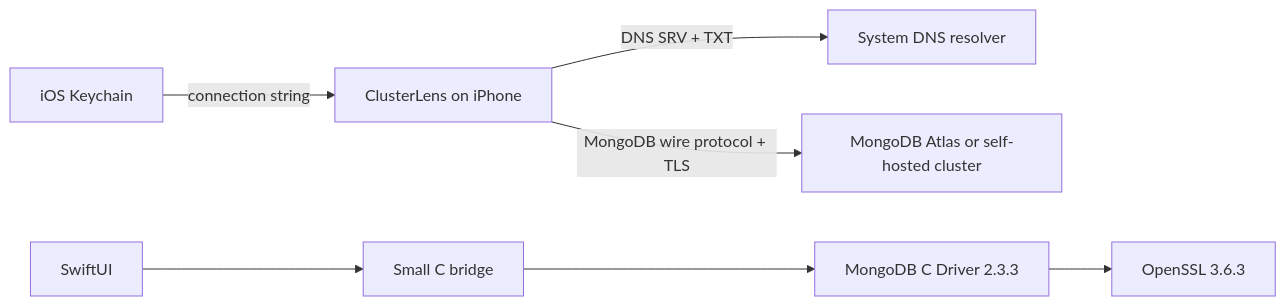
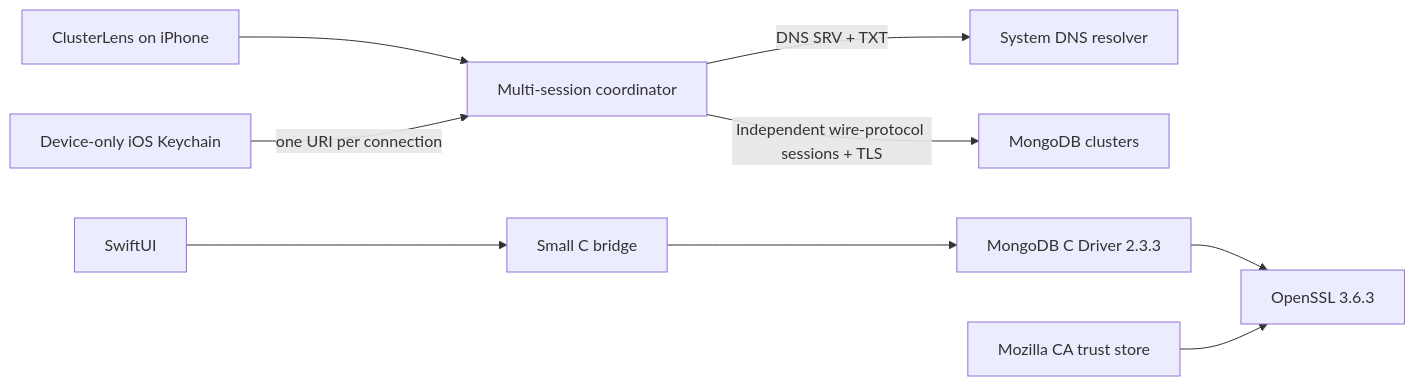
The diagram in README.md (aekam27/clusterlens-ios), drawn with Mermaid before and after one commit. The commit also changed other lines of this file and 19 other files, not shown here.

Commit message:
Add secure multi-connection workspace

````diff
--- a/README.md
+++ b/README.md
@@ -27,9 +30,11 @@
 ```mermaid
 flowchart LR
-    A["ClusterLens on iPhone"] -->|"DNS SRV + TXT"| B["System DNS resolver"]
-    A -->|"MongoDB wire protocol + TLS"| C["MongoDB Atlas or self-hosted cluster"]
-    D["iOS Keychain"] -->|"connection string"| A
+    A["ClusterLens on iPhone"] --> J["Multi-session coordinator"]
+    J -->|"DNS SRV + TXT"| B["System DNS resolver"]
+    J -->|"Independent wire-protocol sessions + TLS"| C["MongoDB clusters"]
+    D["Device-only iOS Keychain"] -->|"one URI per connection"| J
     E["SwiftUI"] --> F["Small C bridge"]
     F --> G["MongoDB C Driver 2.3.3"]
     G --> H["OpenSSL 3.6.3"]
+    I["Mozilla CA trust store"] --> H
 ```
````
